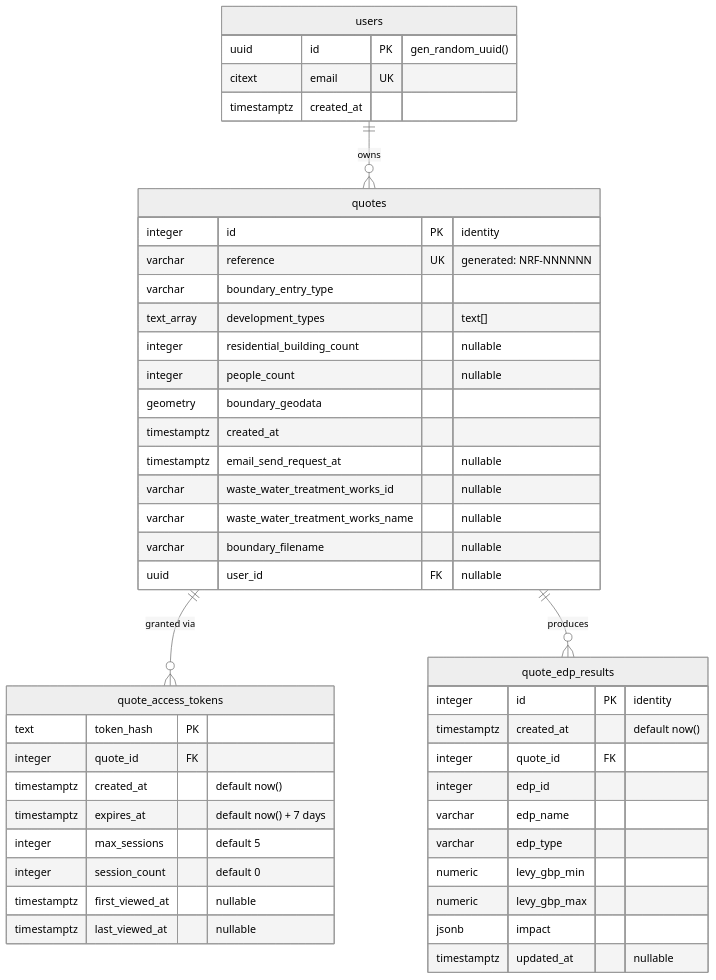
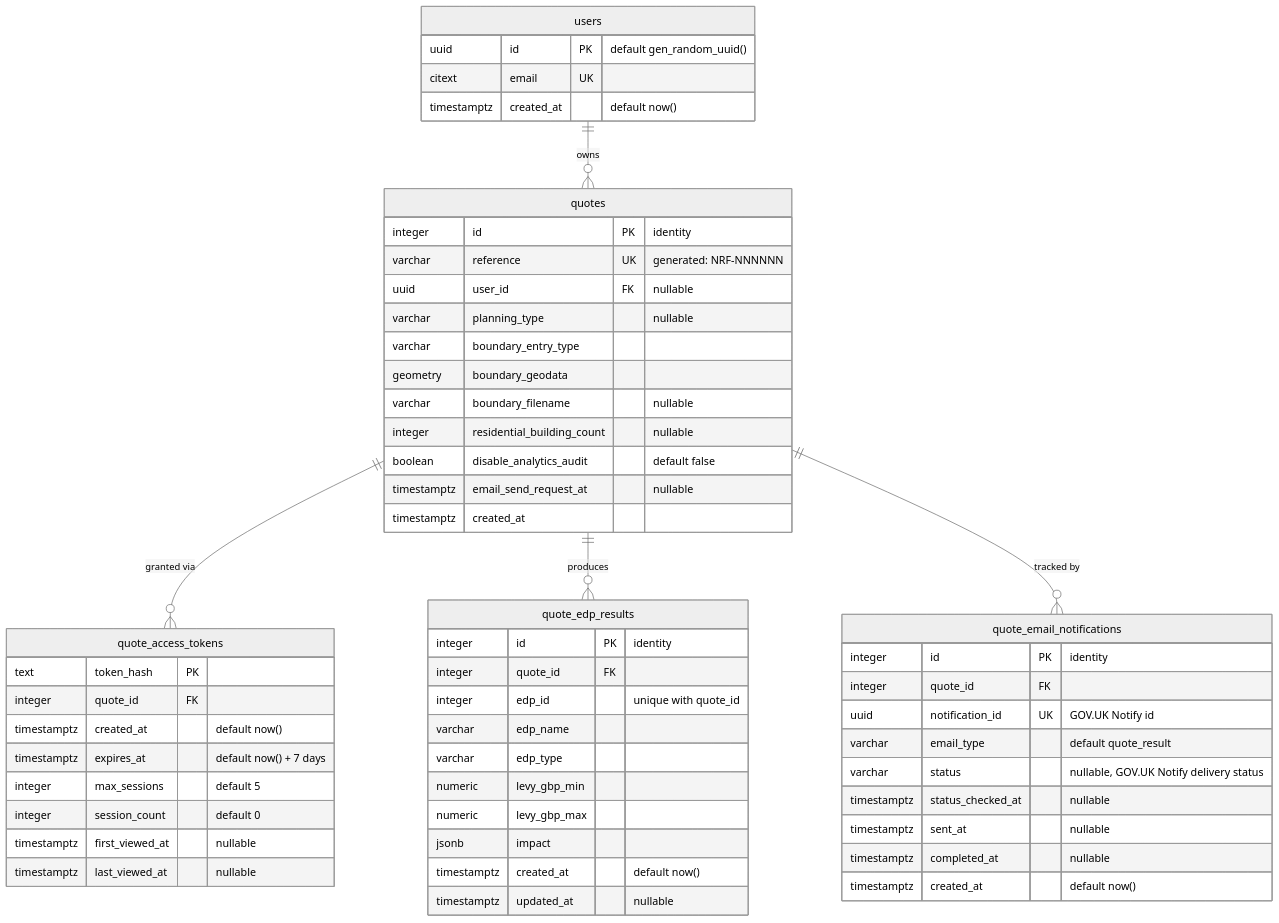
One commit to DEFRA/nrf-backend changed the diagram in docs/quote-database-diagram.md. Above: the diagram before and after it, drawn with Mermaid (neutral theme). The commit also changed other lines of this file and 32 other files, not shown here.

Commit message:
notify gov uk email status:new db table + new requests + new cron

````diff
--- a/docs/quote-database-diagram.md
+++ b/docs/quote-database-diagram.md
@@ -10,52 +10,63 @@
 ```mermaid
 erDiagram
     users ||--o{ quotes : "owns"
     quotes ||--o{ quote_access_tokens : "granted via"
     quotes ||--o{ quote_edp_results : "produces"
+    quotes ||--o{ quote_email_notifications : "tracked by"
 
     users {
-        uuid id PK "gen_random_uuid()"
+        uuid id PK "default gen_random_uuid()"
         citext email UK
-        timestamptz created_at
+        timestamptz created_at "default now()"
     }
 
     quotes {
         integer id PK "identity"
         varchar reference UK "generated: NRF-NNNNNN"
+        uuid user_id FK "nullable"
+        varchar planning_type "nullable"
         varchar boundary_entry_type
-        text_array development_types "text[]"
+        geometry boundary_geodata
+        varchar boundary_filename "nullable"
         integer residential_building_count "nullable"
-        integer people_count "nullable"
-        geometry boundary_geodata
+        boolean disable_analytics_audit "default false"
+        timestamptz email_send_request_at "nullable"
         timestamptz created_at
-        timestamptz email_send_request_at "nullable"
-        varchar waste_water_treatment_works_id "nullable"
-        varchar waste_water_treatment_works_name "nullable"
-        varchar boundary_filename "nullable"
-        uuid user_id FK "nullable"
     }
 
     quote_access_tokens {
         text token_hash PK
         integer quote_id FK
         timestamptz created_at "default now()"
         timestamptz expires_at "default now() + 7 days"
         integer max_sessions "default 5"
         integer session_count "default 0"
         timestamptz first_viewed_at "nullable"
         timestamptz last_viewed_at "nullable"
     }
 
     quote_edp_results {
         integer id PK "identity"
-        timestamptz created_at "default now()"
         integer quote_id FK
-        integer edp_id
+        integer edp_id "unique with quote_id"
         varchar edp_name
         varchar edp_type
         numeric levy_gbp_min
         numeric levy_gbp_max
         jsonb impact
+        timestamptz created_at "default now()"
         timestamptz updated_at "nullable"
     }
+
+    quote_email_notifications {
+        integer id PK "identity"
+        integer quote_id FK
+        uuid notification_id UK "GOV.UK Notify id"
+        varchar email_type "default quote_result"
+        varchar status "nullable, GOV.UK Notify delivery status"
+        timestamptz status_checked_at "nullable"
+        timestamptz sent_at "nullable"
+        timestamptz completed_at "nullable"
+        timestamptz created_at "default now()"
+    }
 ```
````
